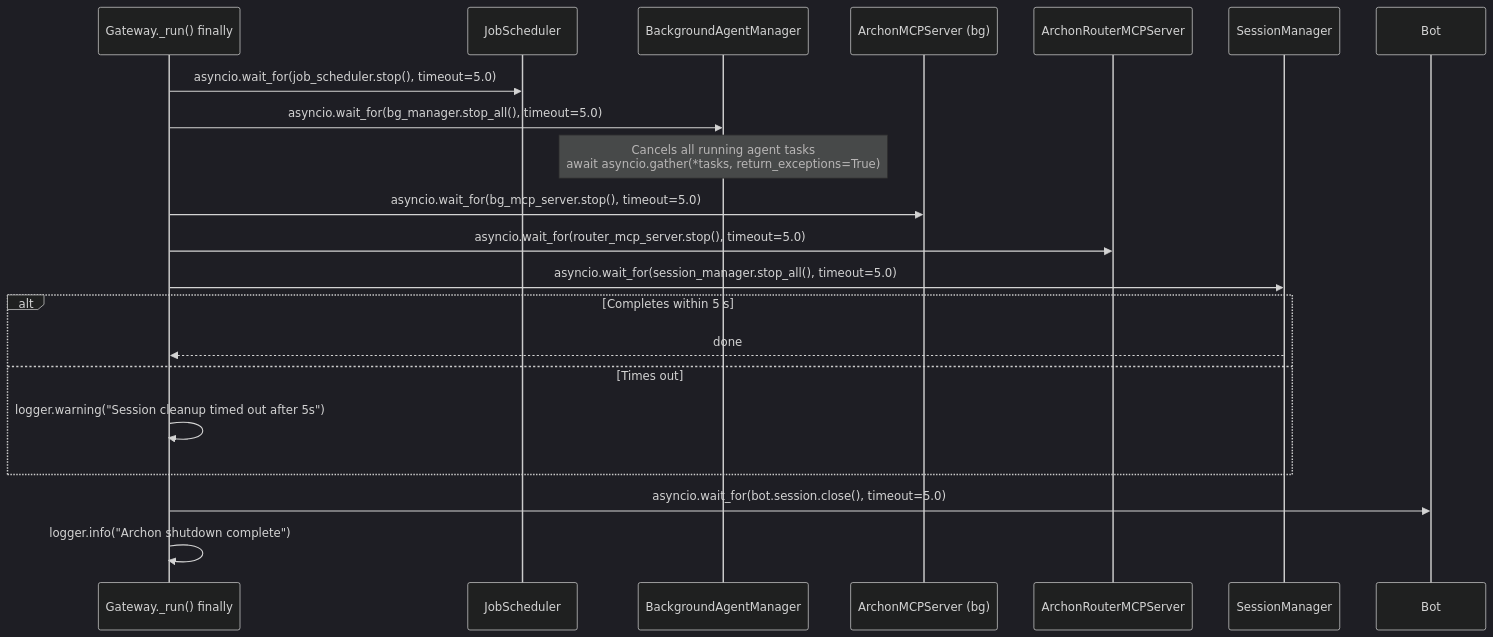
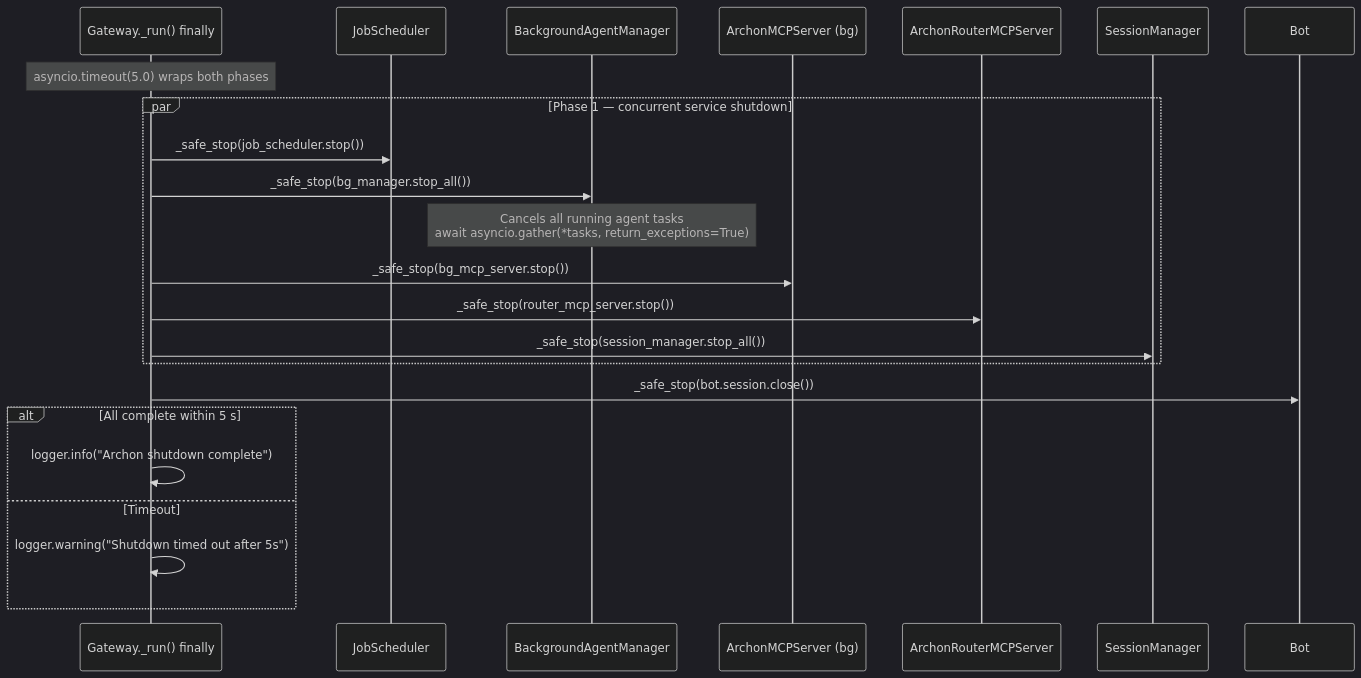
Before and after one commit to user538295/archon-assistant: the second of 2 diagrams in Documentation/Architecture/140_error_handling_strategy.md, drawn with Mermaid (dark theme). The commit also changed other lines of this file and 21 other files, not shown here.

````diff
--- a/Documentation/Architecture/140_error_handling_strategy.md
+++ b/Documentation/Architecture/140_error_handling_strategy.md
@@ -243,24 +265,26 @@
 ```mermaid
 sequenceDiagram
     participant G as Gateway._run() finally
     participant CS as JobScheduler
     participant BM as BackgroundAgentManager
     participant MS as ArchonMCPServer (bg)
     participant OS as ArchonRouterMCPServer
     participant SM as SessionManager
     participant B as Bot
 
-    G->>CS: asyncio.wait_for(job_scheduler.stop(), timeout=5.0)
-    G->>BM: asyncio.wait_for(bg_manager.stop_all(), timeout=5.0)
-    Note over BM: Cancels all running agent tasks<br/>await asyncio.gather(*tasks, return_exceptions=True)
-    G->>MS: asyncio.wait_for(bg_mcp_server.stop(), timeout=5.0)
-    G->>OS: asyncio.wait_for(router_mcp_server.stop(), timeout=5.0)
-    G->>SM: asyncio.wait_for(session_manager.stop_all(), timeout=5.0)
-    alt Completes within 5 s
-        SM-->>G: done
-    else Times out
-        G->>G: logger.warning("Session cleanup timed out after 5s")
+    Note over G: asyncio.timeout(5.0) wraps both phases
+    par Phase 1 — concurrent service shutdown
+        G->>CS: _safe_stop(job_scheduler.stop())
+        G->>BM: _safe_stop(bg_manager.stop_all())
+        Note over BM: Cancels all running agent tasks<br/>await asyncio.gather(*tasks, return_exceptions=True)
+        G->>MS: _safe_stop(bg_mcp_server.stop())
+        G->>OS: _safe_stop(router_mcp_server.stop())
+        G->>SM: _safe_stop(session_manager.stop_all())
     end
-    G->>B: asyncio.wait_for(bot.session.close(), timeout=5.0)
-    G->>G: logger.info("Archon shutdown complete")
+    G->>B: _safe_stop(bot.session.close())
+    alt All complete within 5 s
+        G->>G: logger.info("Archon shutdown complete")
+    else Timeout
+        G->>G: logger.warning("Shutdown timed out after 5s")
+    end
 ```
````
